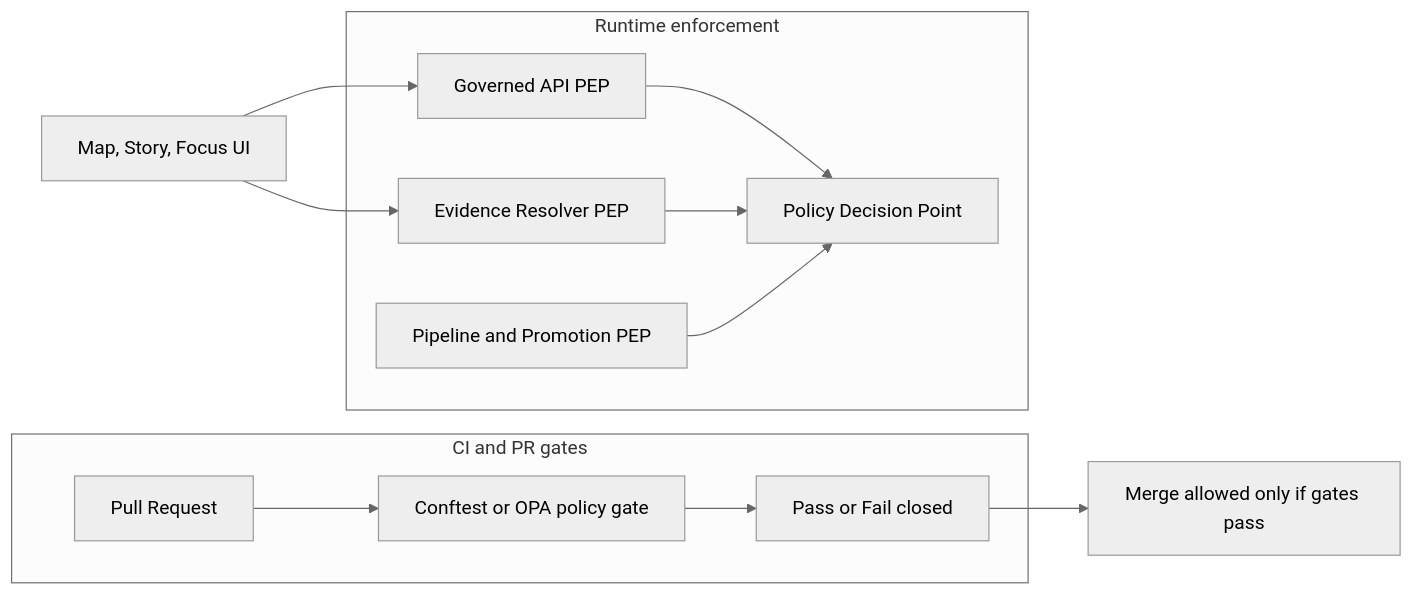
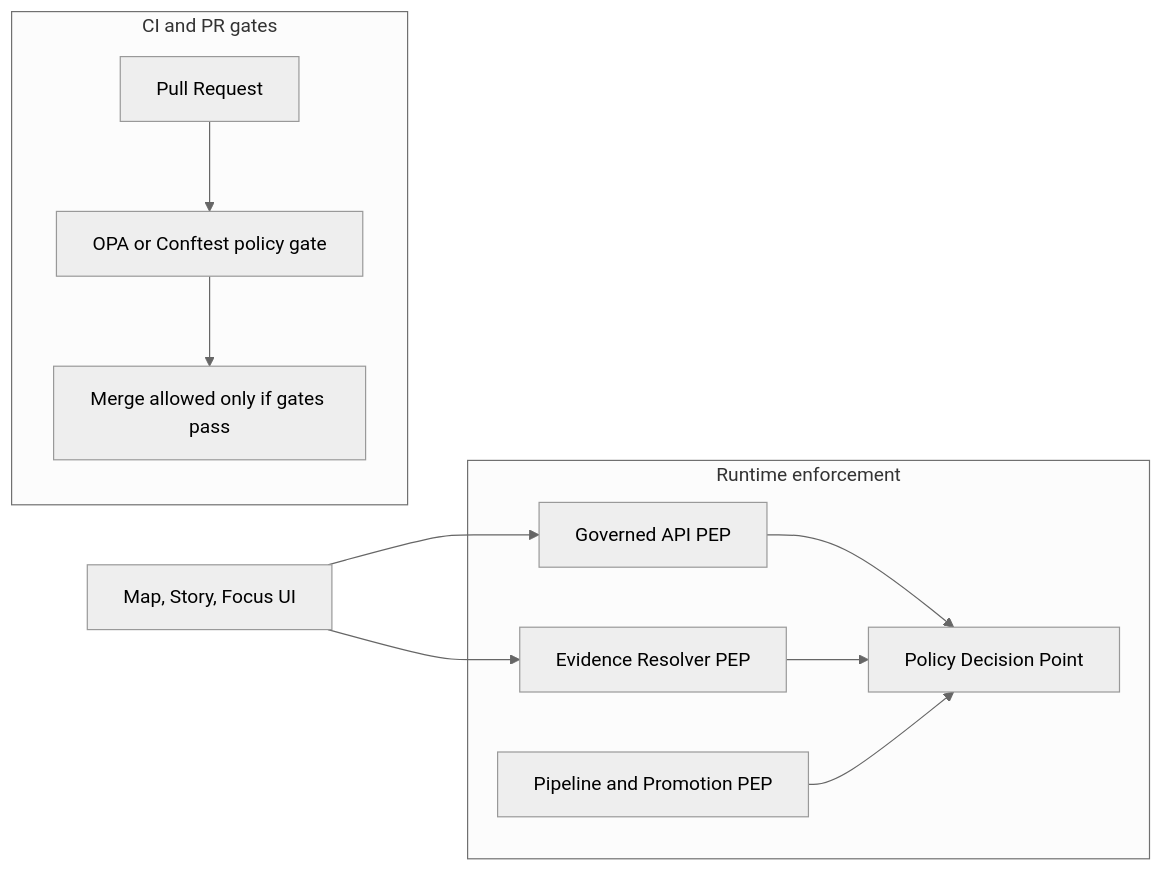
One commit to bartytime4life/Kansas-Frontier-Matrix changed the first of 2 diagrams in policy/README.md. Above: the diagram before and after it, drawn with Mermaid (neutral theme). The commit also changed other lines of this file, not shown here.

````diff
--- a/policy/README.md
+++ b/policy/README.md
@@ -188,18 +83,16 @@
 ```mermaid
 flowchart LR
   subgraph CI["CI and PR gates"]
-    PR["Pull Request"] --> Gate["Conftest or OPA policy gate"]
-    Gate --> CIResult["Pass or Fail closed"]
+    PR["Pull Request"] --> Gate["OPA or Conftest policy gate"]
+    Gate --> Merge["Merge allowed only if gates pass"]
   end
 
   subgraph Runtime["Runtime enforcement"]
     API["Governed API PEP"] --> PDP["Policy Decision Point"]
     ER["Evidence Resolver PEP"] --> PDP
     Pipe["Pipeline and Promotion PEP"] --> PDP
   end
 
   UI["Map, Story, Focus UI"] --> API
   UI --> ER
-
-  CIResult --> Merge["Merge allowed only if gates pass"]
 ```
````
